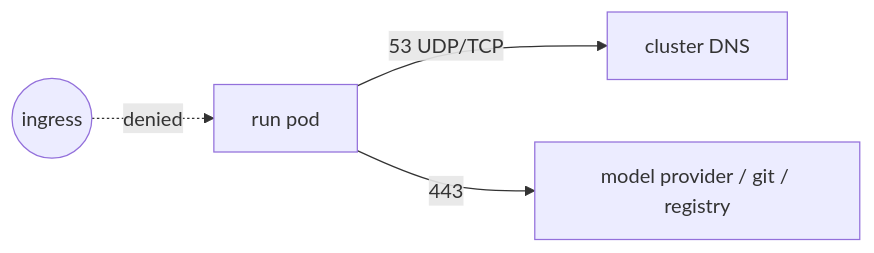
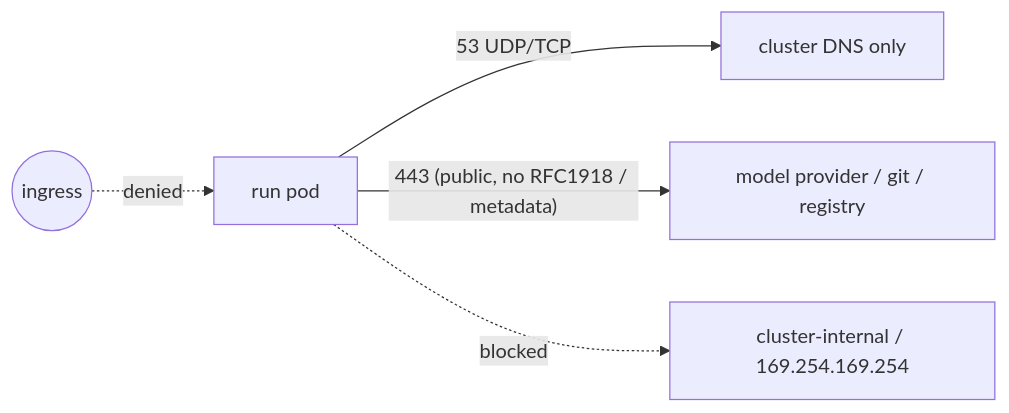
Before and after one commit to re-cinq/ai-agent-subsystem: the diagram in website/src/content/docs/reference/rbac-and-network.md, drawn with Mermaid. The commit also changed other lines of this file and 1 other file, not shown here.

First line of the commit message:
fix(deploy): restrict run-pod egress (no internal network, no metadata) (#73)

````diff
--- a/website/src/content/docs/reference/rbac-and-network.md
+++ b/website/src/content/docs/reference/rbac-and-network.md
@@ -41,6 +45,7 @@
 ```mermaid
 flowchart LR
-    POD["run pod"] -->|53 UDP/TCP| DNS["cluster DNS"]
-    POD -->|443| NET["model provider / git / registry"]
+    POD["run pod"] -->|53 UDP/TCP| DNS["cluster DNS only"]
+    POD -->|"443 (public, no RFC1918 / metadata)"| NET["model provider / git / registry"]
+    POD -. blocked .-> INT["cluster-internal / 169.254.169.254"]
     X(("ingress")) -. denied .-> POD
 ```
````
